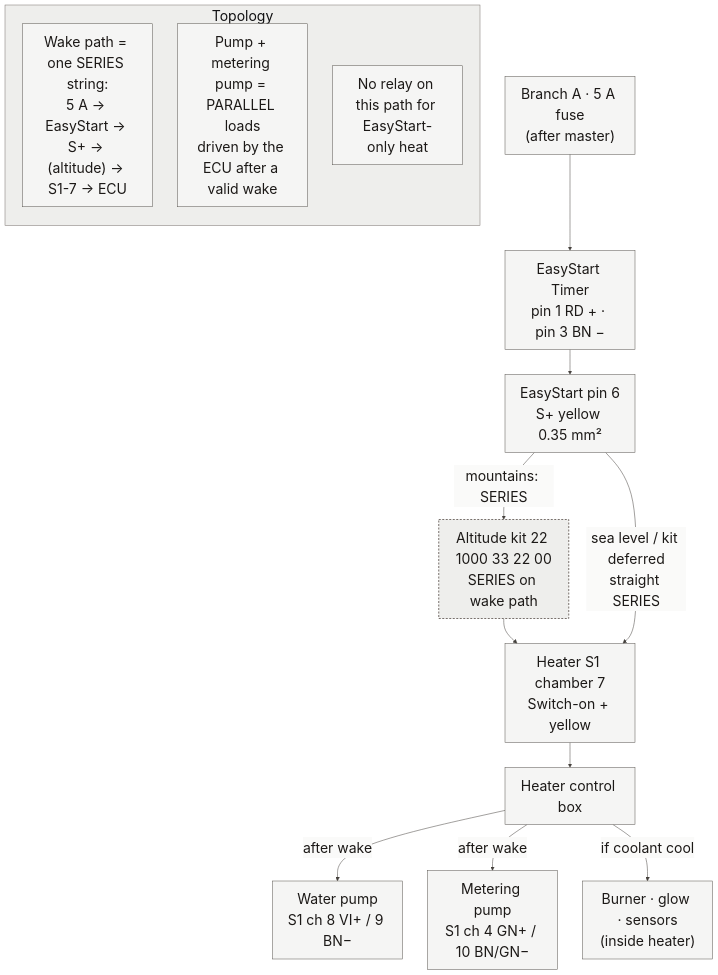
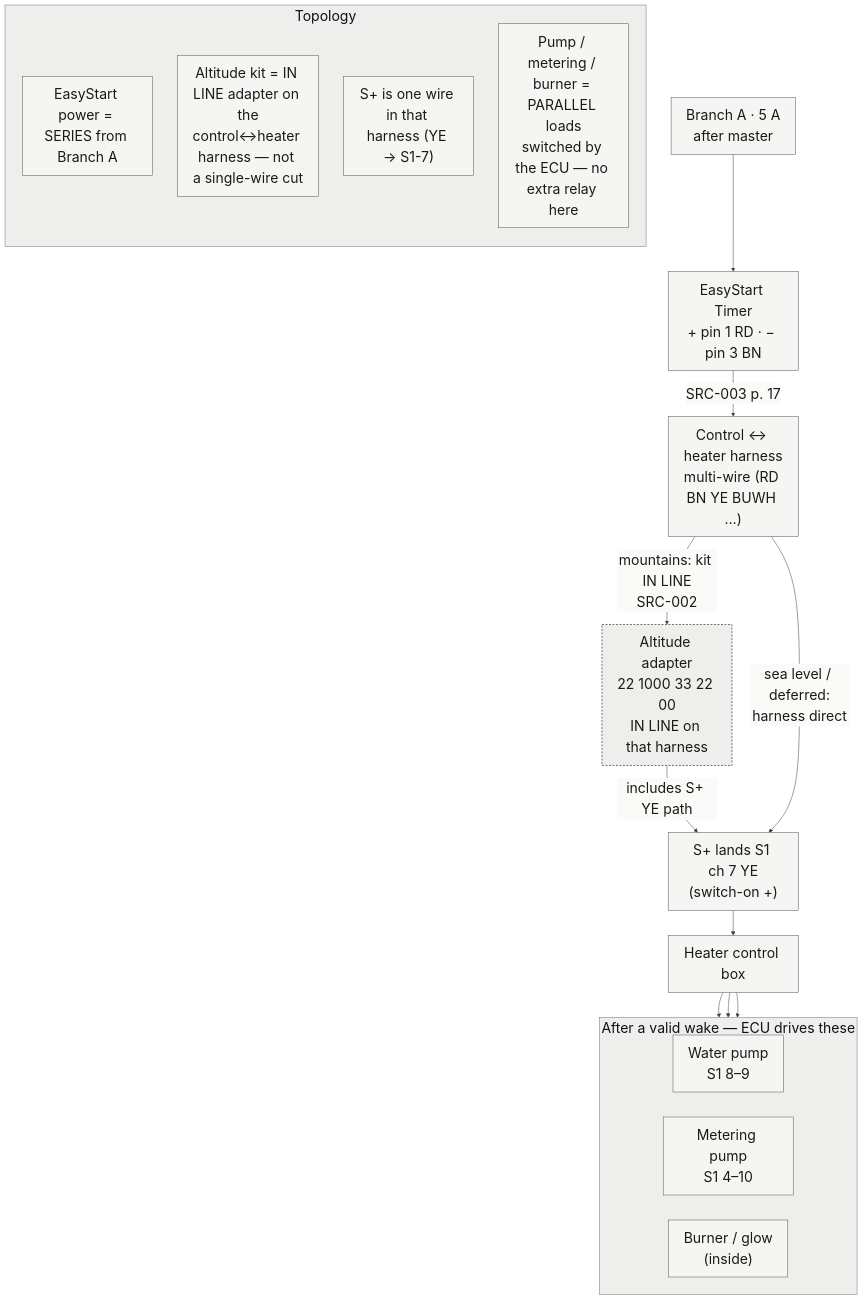
Before and after one commit to benracine/sprinter-heat: the diagram in book/diagrams/electrical-wake.mmd, drawn with Mermaid. The commit also changed 12 other files, not shown here.

```diff
--- a/book/diagrams/electrical-wake.mmd
+++ b/book/diagrams/electrical-wake.mmd
@@ -1,30 +1,39 @@
 %%{init: {'theme':'base','themeVariables': {'background':'#fafaf9','primaryColor':'#f5f5f4','primaryTextColor':'#1c1917','primaryBorderColor':'#57534e','lineColor':'#44403c','secondaryColor':'#e7e5e4','tertiaryColor':'#eeeeec','fontFamily':'Avenir Next, Avenir, Helvetica Neue, sans-serif','fontSize':'28px','textColor':'#1c1917','mainBkg':'#f5f5f4','clusterBkg':'#eeeeec','clusterBorder':'#78716c','edgeLabelBackground':'#fafaf9'}}}%%
 flowchart TB
-  F5["Branch A · 5 A fuse<br/>(after master)"]
-  ES["EasyStart Timer<br/>pin 1 RD + · pin 3 BN −"]
-  P6["EasyStart pin 6<br/>S+ yellow 0.35 mm²"]
-  ALT["Altitude kit 22 1000 33 22 00<br/>SERIES on wake path"]
-  S17["Heater S1 chamber 7<br/>Switch-on + yellow"]
+  F5["Branch A · 5 A<br/>after master"]
+  ES["EasyStart Timer<br/>+ pin 1 RD · − pin 3 BN"]
+  HARN["Control ↔ heater harness<br/>multi-wire (RD BN YE BUWH …)"]
+  ALT["Altitude adapter<br/>22 1000 33 22 00<br/>IN LINE on that harness"]
+  S17["S+ lands S1 ch 7 YE<br/>(switch-on +)"]
   ECU["Heater control box"]
 
-  F5 --> ES --> P6
-  P6 -->|"mountains: SERIES"| ALT
-  ALT --> S17
-  P6 -->|"sea level / kit deferred<br/>straight SERIES"| S17
+  F5 --> ES
+  ES -->|"SRC-003 p. 17"| HARN
+  HARN -->|"mountains: kit IN LINE<br/>SRC-002"| ALT
+  ALT -->|"includes S+ YE path"| S17
+  HARN -->|"sea level / deferred:<br/>harness direct"| S17
   S17 --> ECU
 
-  ECU -->|"after wake"| PUMP["Water pump<br/>S1 ch 8 VI+ / 9 BN−"]
-  ECU -->|"after wake"| MP["Metering pump<br/>S1 ch 4 GN+ / 10 BN/GN−"]
-  ECU -->|"if coolant cool"| FIRE["Burner · glow · sensors<br/>(inside heater)"]
+  subgraph after["After a valid wake — ECU drives these"]
+    direction LR
+    PUMP["Water pump<br/>S1 8–9"]
+    MP["Metering pump<br/>S1 4–10"]
+    FIRE["Burner / glow<br/>(inside)"]
+  end
+
+  ECU --> PUMP
+  ECU --> MP
+  ECU --> FIRE
 
   subgraph topo["Topology"]
     direction TB
-    T1["Wake path = one SERIES string:<br/>5 A → EasyStart → S+ → (altitude) → S1-7 → ECU"]
-    T2["Pump + metering pump = PARALLEL loads<br/>driven by the ECU after a valid wake"]
-    T3["No relay on this path for EasyStart-only heat"]
+    T1["EasyStart power = SERIES from Branch A"]
+    T2["Altitude kit = IN LINE adapter on the<br/>control↔heater harness — not a single-wire cut"]
+    T3["S+ is one wire in that harness (YE → S1-7)"]
+    T4["Pump / metering / burner = PARALLEL loads<br/>switched by the ECU — no extra relay here"]
   end
 
   classDef solid fill:#f5f5f4,stroke:#57534e,stroke-width:1px,color:#1c1917;
   classDef open fill:#eeeeec,stroke:#78716c,stroke-width:2px,stroke-dasharray:4 3,color:#1c1917;
-  class F5,ES,P6,S17,ECU,PUMP,MP,FIRE solid;
+  class F5,ES,HARN,S17,ECU,PUMP,MP,FIRE solid;
   class ALT open;
```
